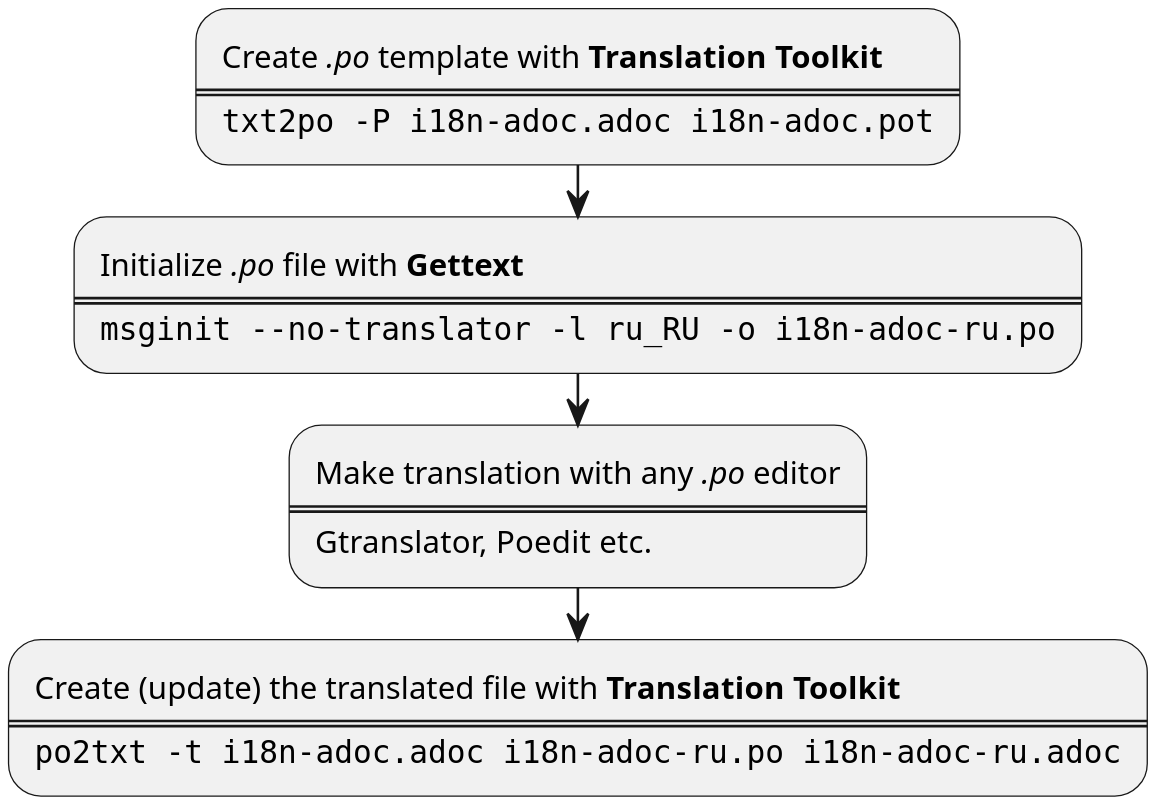
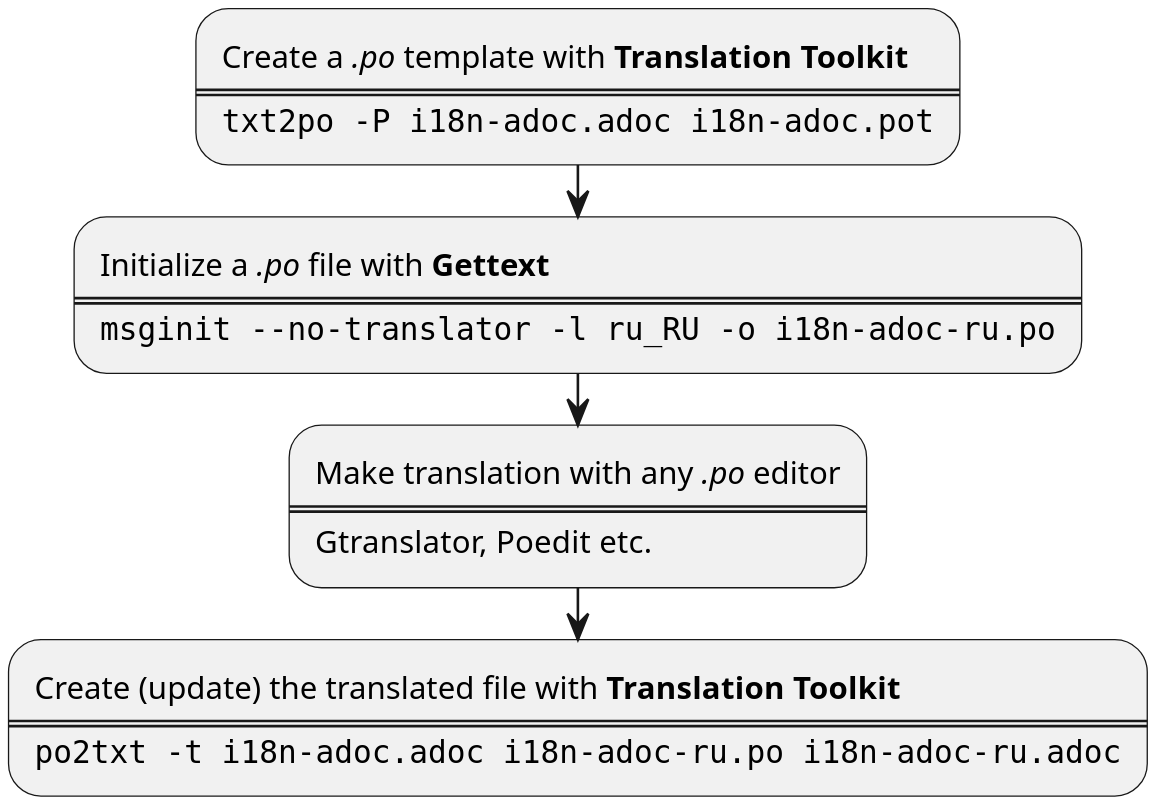
The first of 2 diagrams in src/i18n-adoc.adoc (fiddlededee/asciidoc-i18n), drawn with PlantUML before and after one commit. The commit also changed other lines of this file, not shown here.

```diff
--- a/src/i18n-adoc.adoc
+++ b/src/i18n-adoc.adoc
@@ -70,29 +70,29 @@
 [plantuml,initial_steps,fitrect="170x250mm",srcdpi=300, width=80%]
 ....
 @startuml
 skinparam dpi 300
 
-:Create //.po// template with **Translation Toolkit**
+:Create a //.po// template with **Translation Toolkit**
 ====
 <code>
 txt2po -P i18n-adoc.adoc i18n-adoc.pot
 </code>;
 
-:Initialize //.po// file with **Gettext**
+:Initialize a //.po// file with **Gettext**
 ====
 <code>
 msginit --no-translator -l ru_RU -o i18n-adoc-ru.po
 </code>;
 
 :Make translation with any //.po// editor
 ====
 Gtranslator, Poedit etc.;
 
 :Create (update) the translated file with **Translation Toolkit**
 ====
 <code>
 po2txt -t i18n-adoc.adoc i18n-adoc-ru.po i18n-adoc-ru.adoc
 </code>;
 
 @enduml
 ....
```
